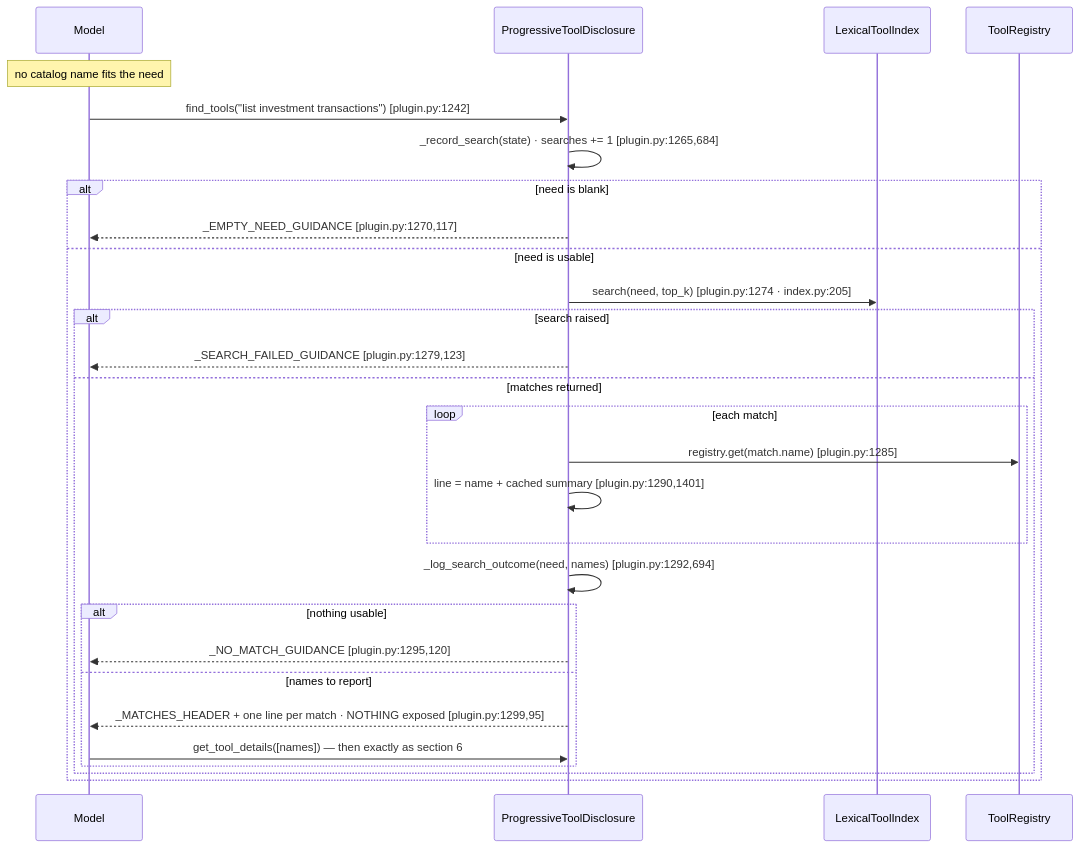
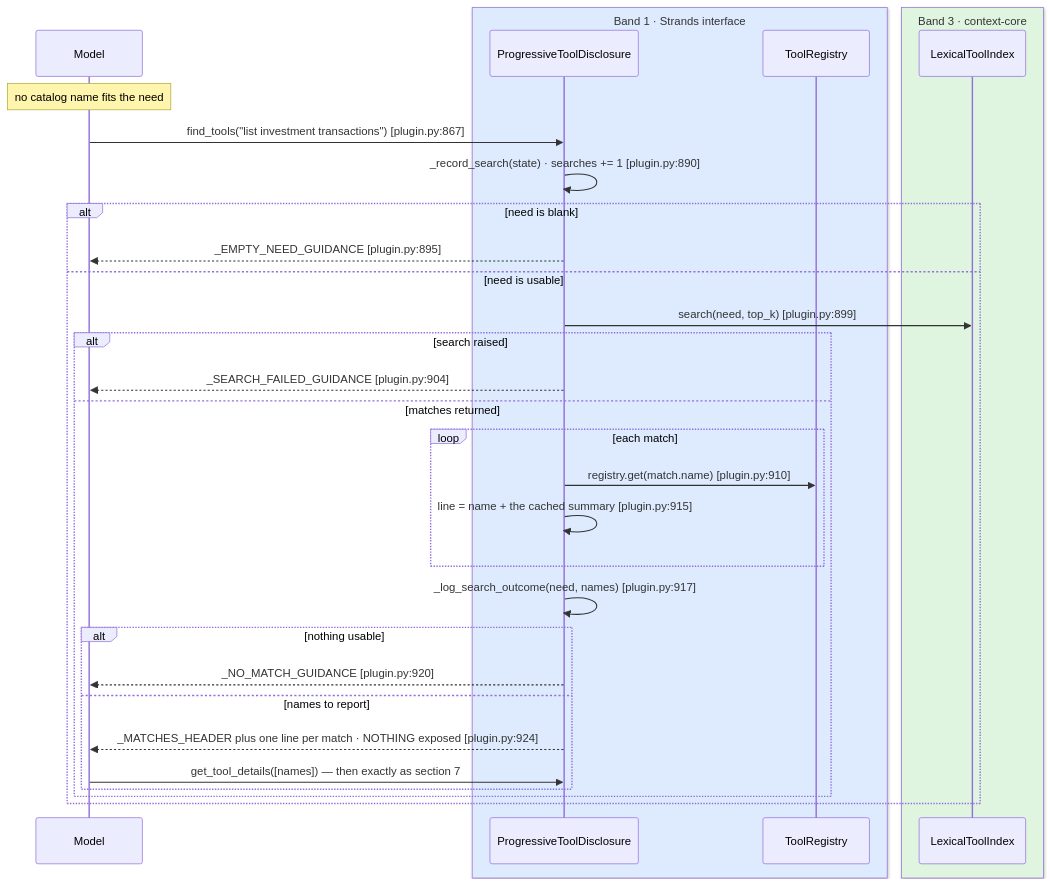
One commit to aws-samples/sample-context-engineering changed the fifth of 7 diagrams in docs/design/sequence/sequence-b-progressive-tool-disclosure.md. Above: the diagram before and after it, drawn with Mermaid. The commit also changed other lines of this file and 22 other files, not shown here.

````diff
--- a/docs/design/sequence/sequence-b-progressive-tool-disclosure.md
+++ b/docs/design/sequence/sequence-b-progressive-tool-disclosure.md
@@ -329,31 +462,35 @@
 ```mermaid
 sequenceDiagram
     participant Model
-    participant Plugin as ProgressiveToolDisclosure
-    participant Index as LexicalToolIndex
-    participant Reg as ToolRegistry
+    box rgb(222,235,255) Band 1 · Strands interface
+        participant Plugin as ProgressiveToolDisclosure
+        participant Reg as ToolRegistry
+    end
+    box rgb(224,245,224) Band 3 · context-core
+        participant Index as LexicalToolIndex
+    end
 
     Note over Model: no catalog name fits the need
-    Model->>Plugin: find_tools("list investment transactions") [plugin.py:1242]
-    Plugin->>Plugin: _record_search(state) · searches += 1 [plugin.py:1265,684]
+    Model->>Plugin: find_tools("list investment transactions") [plugin.py:867]
+    Plugin->>Plugin: _record_search(state) · searches += 1 [plugin.py:890]
     alt need is blank
-        Plugin-->>Model: _EMPTY_NEED_GUIDANCE [plugin.py:1270,117]
+        Plugin-->>Model: _EMPTY_NEED_GUIDANCE [plugin.py:895]
     else need is usable
-        Plugin->>Index: search(need, top_k) [plugin.py:1274 · index.py:205]
+        Plugin->>Index: search(need, top_k) [plugin.py:899]
         alt search raised
-            Plugin-->>Model: _SEARCH_FAILED_GUIDANCE [plugin.py:1279,123]
+            Plugin-->>Model: _SEARCH_FAILED_GUIDANCE [plugin.py:904]
         else matches returned
             loop each match
-                Plugin->>Reg: registry.get(match.name) [plugin.py:1285]
-                Plugin->>Plugin: line = name + cached summary [plugin.py:1290,1401]
+                Plugin->>Reg: registry.get(match.name) [plugin.py:910]
+                Plugin->>Plugin: line = name + the cached summary [plugin.py:915]
             end
-            Plugin->>Plugin: _log_search_outcome(need, names) [plugin.py:1292,694]
+            Plugin->>Plugin: _log_search_outcome(need, names) [plugin.py:917]
             alt nothing usable
-                Plugin-->>Model: _NO_MATCH_GUIDANCE [plugin.py:1295,120]
+                Plugin-->>Model: _NO_MATCH_GUIDANCE [plugin.py:920]
             else names to report
-                Plugin-->>Model: _MATCHES_HEADER + one line per match · NOTHING exposed [plugin.py:1299,95]
-                Model->>Plugin: get_tool_details([names]) — then exactly as section 6
+                Plugin-->>Model: _MATCHES_HEADER plus one line per match · NOTHING exposed [plugin.py:924]
+                Model->>Plugin: get_tool_details([names]) — then exactly as section 7
             end
         end
     end
 ```
````
